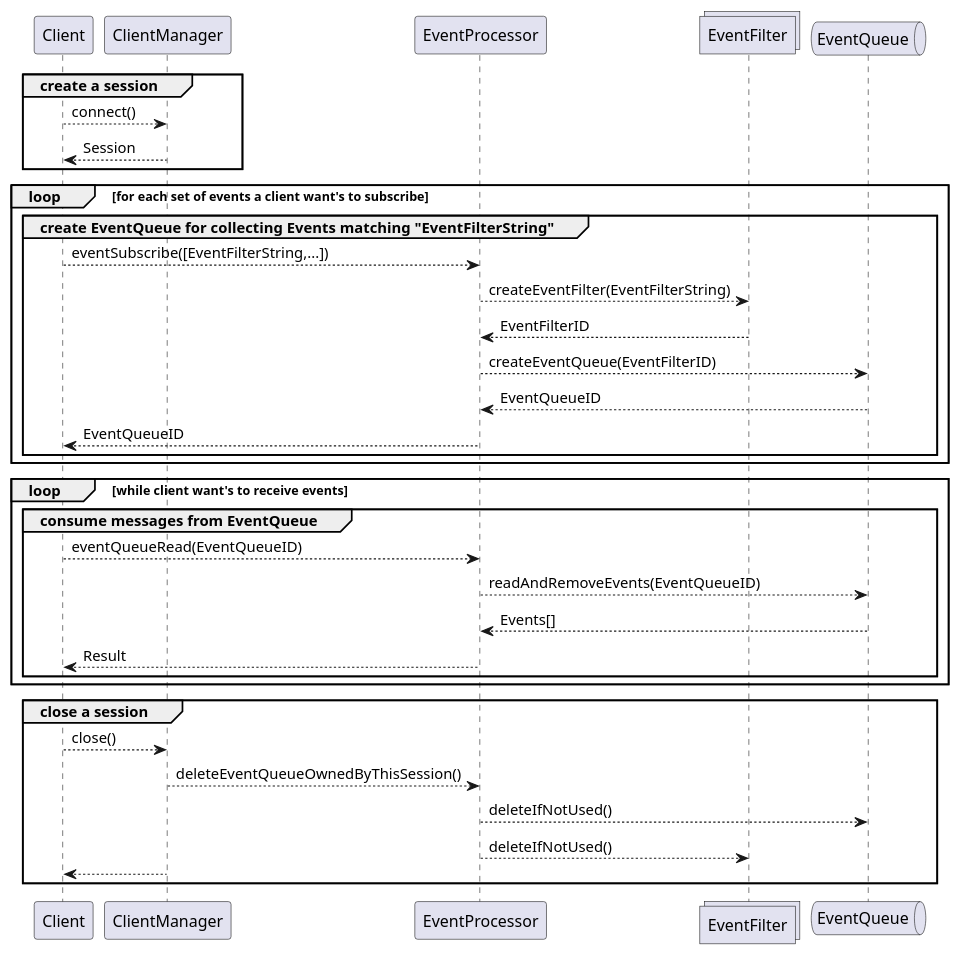
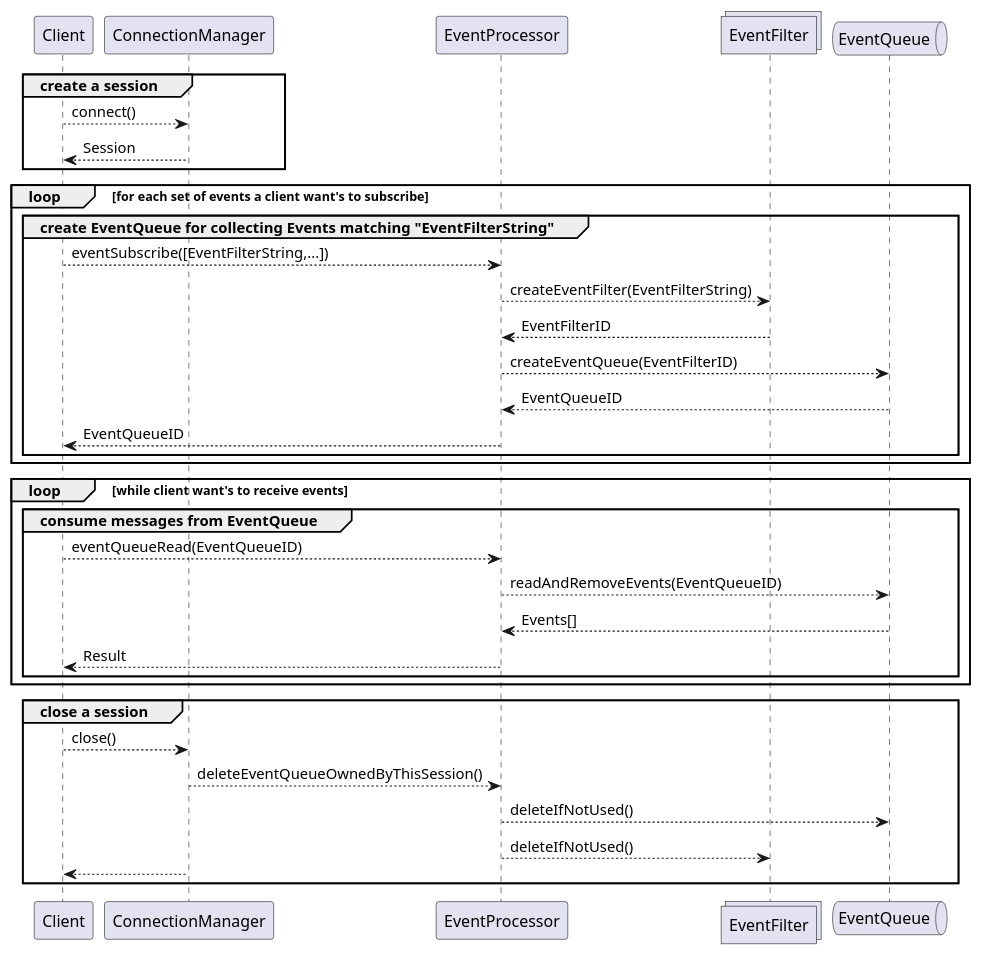
One commit to Elektrobit/elos changed the diagram in doc/images/subscribing_sequence_diagram.plantuml. Above: the diagram before and after it, drawn with PlantUML. The commit also changed 156 other files, not shown here.

Commit message:
client manager renamed to connection manager

```diff
--- a/doc/images/subscribing_sequence_diagram.plantuml
+++ b/doc/images/subscribing_sequence_diagram.plantuml
@@ -1,42 +1,42 @@
 @startuml
 
 participant Client
-participant ClientManager
+participant ConnectionManager
 participant EventProcessor
 collections EventFilter
 queue EventQueue
 
 
 group create a session
-  Client --> ClientManager : connect()
-  Client <-- ClientManager : Session
+  Client --> ConnectionManager : connect()
+  Client <-- ConnectionManager : Session
 end
 
 loop for each set of events a client want's to subscribe
   group create EventQueue for collecting Events matching "EventFilterString"
     Client --> EventProcessor : eventSubscribe([EventFilterString,...])
     EventProcessor --> EventFilter : createEventFilter(EventFilterString)
     EventProcessor <-- EventFilter : EventFilterID
     EventProcessor --> EventQueue : createEventQueue(EventFilterID)
     EventProcessor <-- EventQueue : EventQueueID
     Client <-- EventProcessor : EventQueueID
   end
 end
 
 loop while client want's to receive events
   group consume messages from EventQueue
     Client --> EventProcessor : eventQueueRead(EventQueueID)
     EventProcessor --> EventQueue : readAndRemoveEvents(EventQueueID)
     EventProcessor <-- EventQueue : Events[]
     Client <-- EventProcessor : Result
   end
 end
 
 group close a session
-  Client --> ClientManager : close()
-  ClientManager --> EventProcessor : deleteEventQueueOwnedByThisSession()
+  Client --> ConnectionManager : close()
+  ConnectionManager --> EventProcessor : deleteEventQueueOwnedByThisSession()
   EventProcessor --> EventQueue : deleteIfNotUsed()
   EventProcessor --> EventFilter : deleteIfNotUsed()
-  Client <-- ClientManager :
+  Client <-- ConnectionManager :
 end
 @enduml
```
